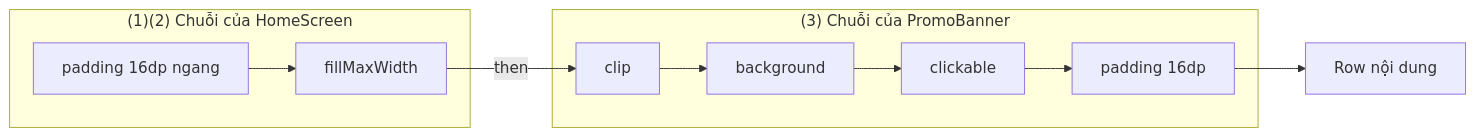
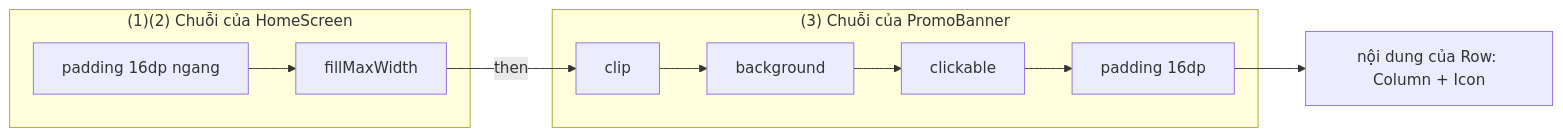
The first of 2 diagrams in knowledge/android/docs/jetpack_compose_ui/modifier/chaining.md (h1eu/knowledge), drawn with Mermaid before and after one commit. The commit also changed other lines of this file and 29 other files, not shown here.

````diff
--- a/knowledge/android/docs/jetpack_compose_ui/modifier/chaining.md
+++ b/knowledge/android/docs/jetpack_compose_ui/modifier/chaining.md
@@ -101,11 +101,11 @@
 ```mermaid
 flowchart LR
     subgraph A["(1)(2) Chuỗi của HomeScreen"]
         A1["padding 16dp ngang"] --> A2["fillMaxWidth"]
     end
     subgraph B["(3) Chuỗi của PromoBanner"]
         B1["clip"] --> B2["background"] --> B3["clickable"] --> B4["padding 16dp"]
     end
     A2 -->|"then"| B1
-    B4 --> R["Row nội dung"]
+    B4 --> R["nội dung của Row: Column + Icon"]
 ```
````
